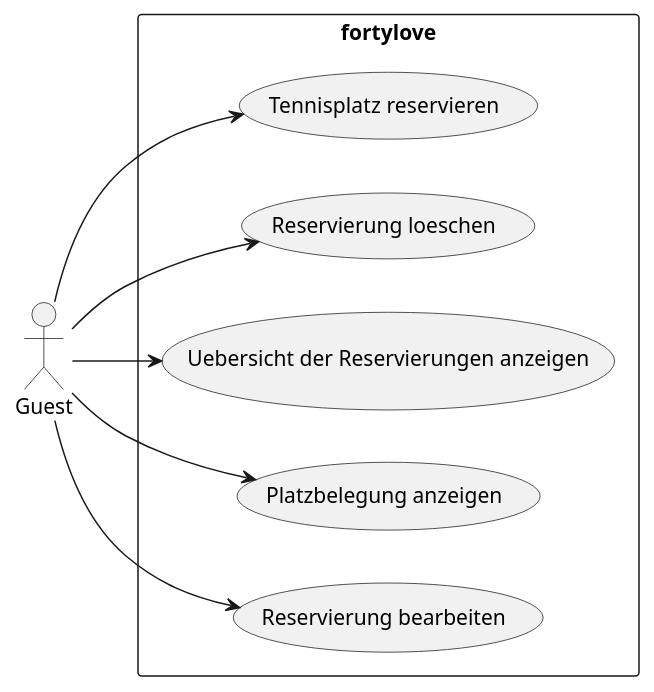
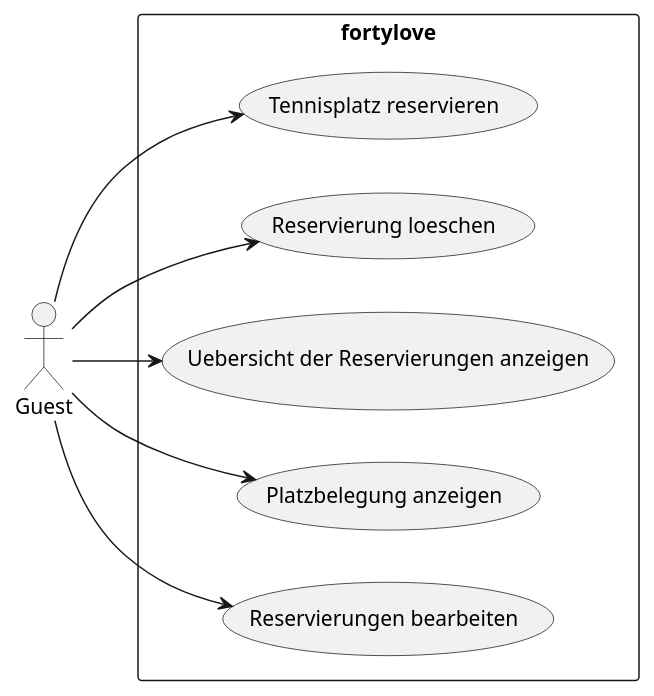
One commit to incrediblybadcoder/fortylove changed the diagram in documents/design/usecases/UseCasesGuest.puml. Above: the diagram before and after it, drawn with PlantUML. The commit also changed 2 other files, not shown here.

```diff
--- a/documents/design/usecases/UseCasesGuest.puml
+++ b/documents/design/usecases/UseCasesGuest.puml
@@ -1,12 +1,12 @@
 @startuml
 left to right direction
 actor "Guest" as Actor
 rectangle fortylove {
     Actor --> (Tennisplatz reservieren)
     Actor --> (Reservierung loeschen)
     Actor --> (Uebersicht der Reservierungen anzeigen)
     Actor --> (Platzbelegung anzeigen)
-    Actor --> (Reservierung bearbeiten)
+    Actor --> (Reservierungen bearbeiten)
 }
 
 @enduml
```
